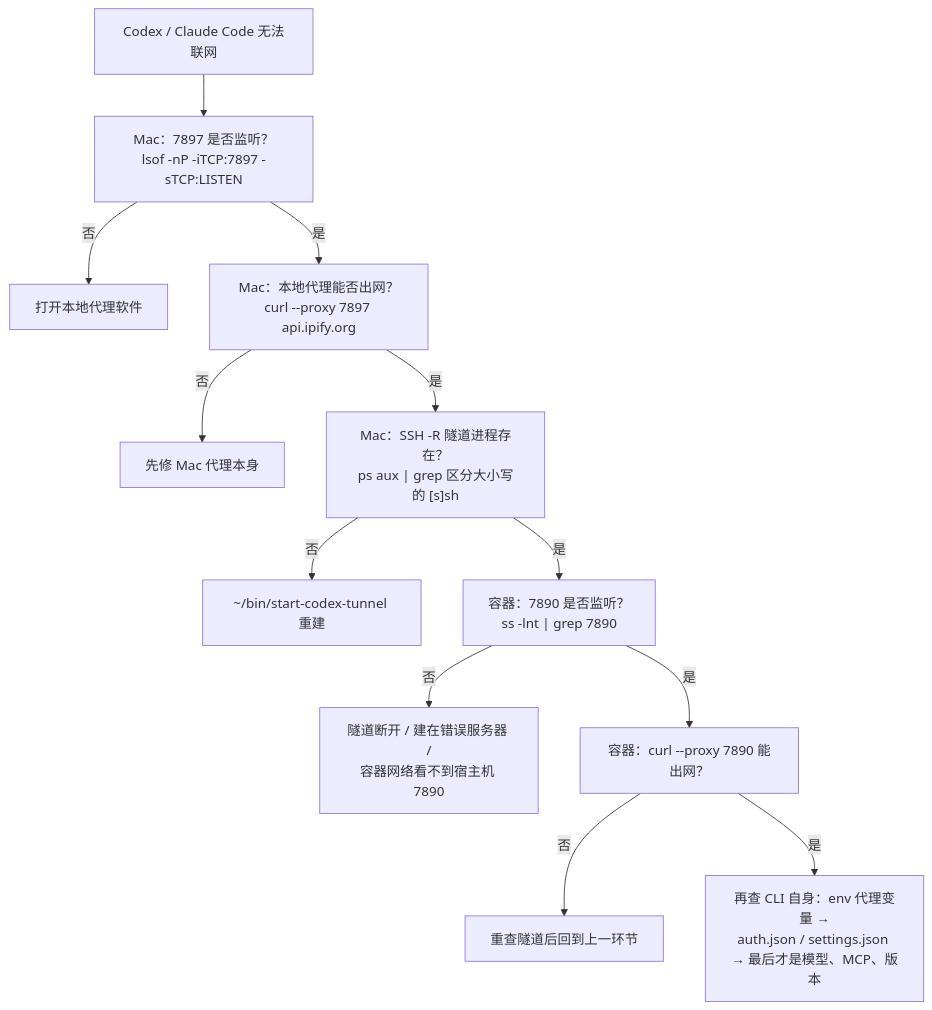
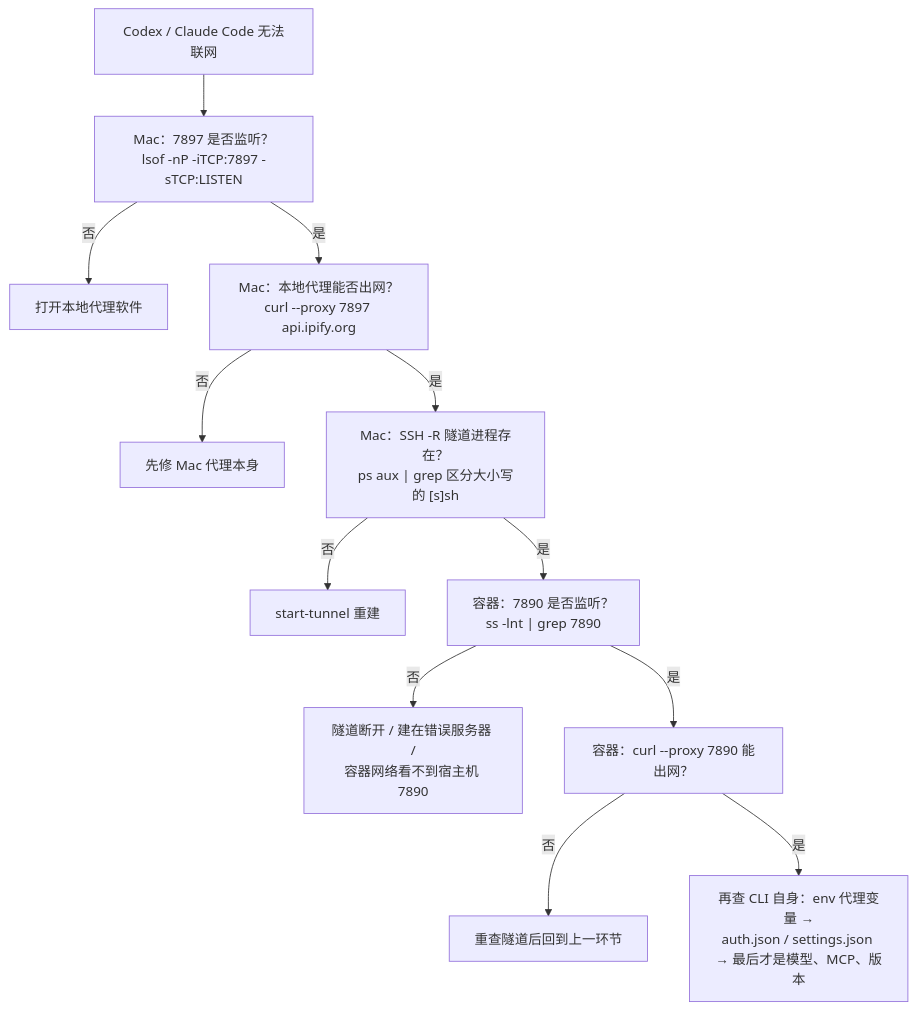
The third of 3 diagrams in RemoteServer_Codex_ClaudeCode/README.md (fejxc/network-toolbox), drawn with Mermaid before and after one commit. The commit also changed other lines of this file and 4 other files, not shown here.

````diff
--- a/RemoteServer_Codex_ClaudeCode/README.md
+++ b/RemoteServer_Codex_ClaudeCode/README.md
@@ -444,14 +458,14 @@
 ```mermaid
 flowchart TD
     A["Codex / Claude Code 无法联网"] --> B["Mac：7897 是否监听？<br/>lsof -nP -iTCP:7897 -sTCP:LISTEN"]
     B -- "否" --> F1["打开本地代理软件"]
     B -- "是" --> C["Mac：本地代理能否出网？<br/>curl --proxy 7897 api.ipify.org"]
     C -- "否" --> F2["先修 Mac 代理本身"]
     C -- "是" --> D["Mac：SSH -R 隧道进程存在？<br/>ps aux | grep 区分大小写的 [s]sh"]
-    D -- "否" --> F3["~/bin/start-codex-tunnel 重建"]
+    D -- "否" --> F3["start-tunnel 重建"]
     D -- "是" --> E["容器：7890 是否监听？<br/>ss -lnt | grep 7890"]
     E -- "否" --> F4["隧道断开 / 建在错误服务器 /<br/>容器网络看不到宿主机 7890"]
     E -- "是" --> G["容器：curl --proxy 7890 能出网？"]
     G -- "否" --> F5["重查隧道后回到上一环节"]
     G -- "是" --> H["再查 CLI 自身：env 代理变量 →<br/>auth.json / settings.json → 最后才是模型、MCP、版本"]
 ```
````
